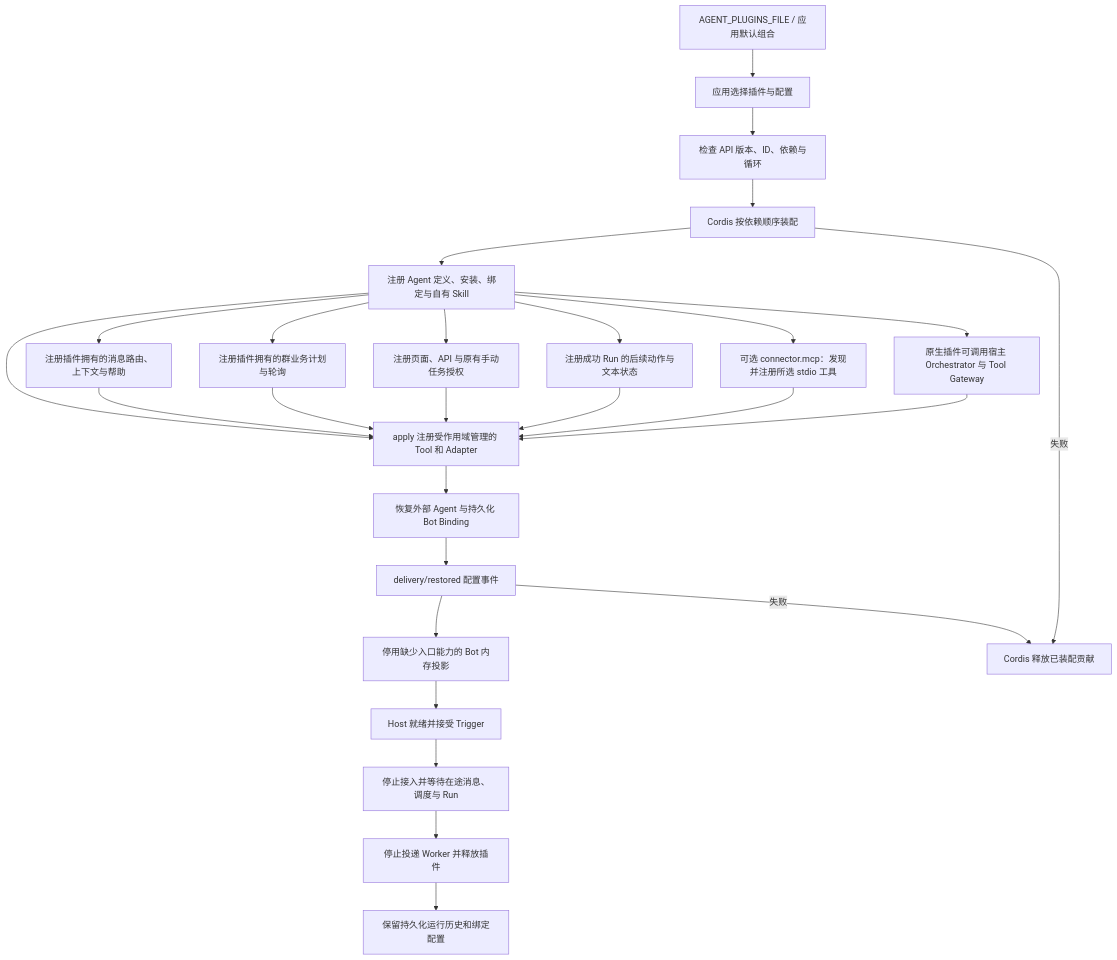
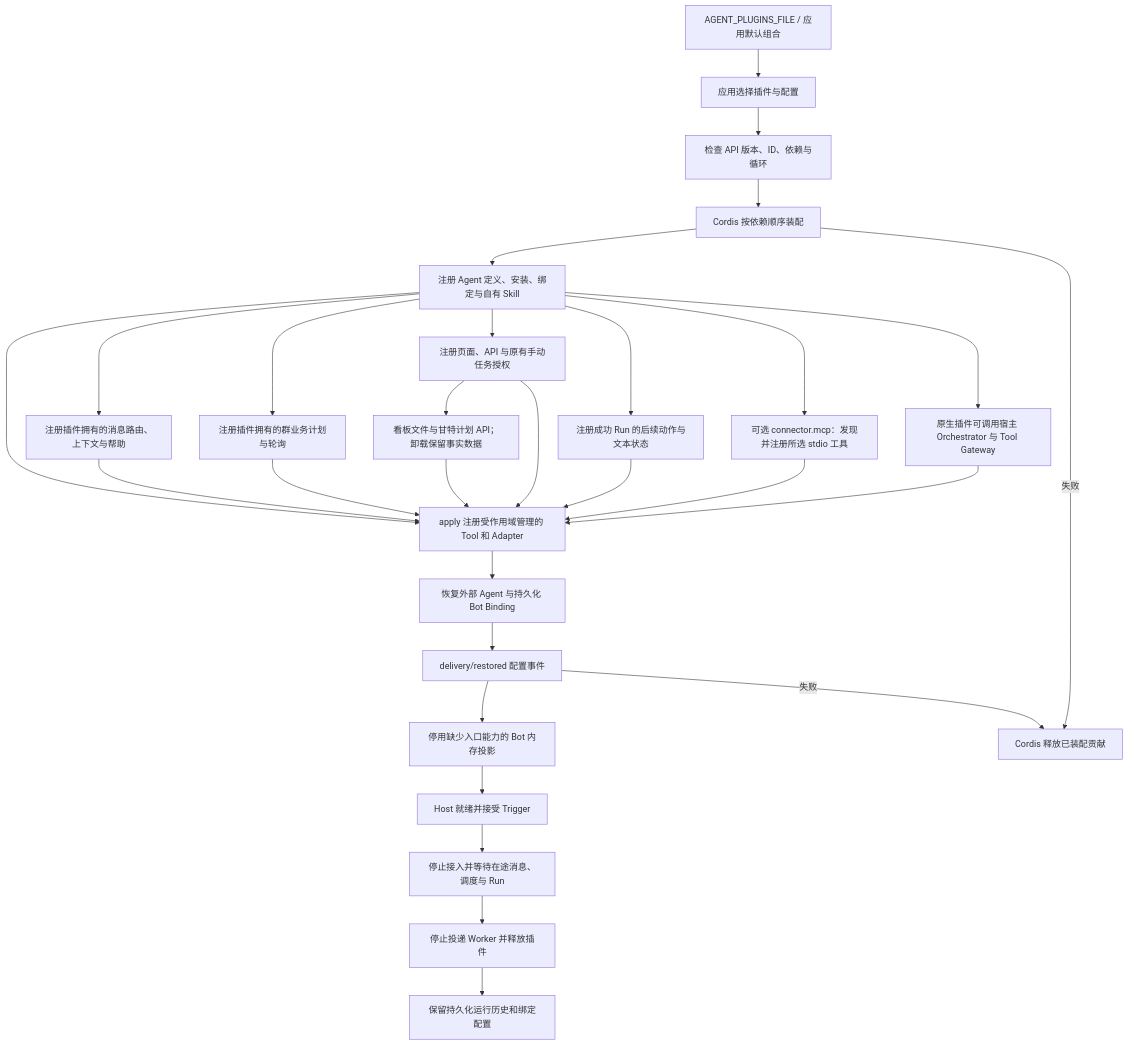
Before and after one commit to KlayPeter/AI-Delivery-Ops-Agent: the diagram in backend/src/platform/plugins/FEATURE.md, drawn with Mermaid. The commit also changed other lines of this file and 28 other files, not shown here.

````diff
--- a/backend/src/platform/plugins/FEATURE.md
+++ b/backend/src/platform/plugins/FEATURE.md
@@ -21,29 +21,31 @@
 ```mermaid
 flowchart TD
     Y[AGENT_PLUGINS_FILE / 应用默认组合] --> A[应用选择插件与配置]
     A --> B[检查 API 版本、ID、依赖与循环]
     B --> C[Cordis 按依赖顺序装配]
     C --> D[注册 Agent 定义、安装、绑定与自有 Skill]
     D --> E[apply 注册受作用域管理的 Tool 和 Adapter]
     D --> MR[注册插件拥有的消息路由、上下文与帮助]
     MR --> E
     D --> SJ[注册插件拥有的群业务计划与轮询]
     SJ --> E
     D --> WEB[注册页面、API 与原有手动任务授权]
+    WEB --> VIS[看板文件与甘特计划 API；卸载保留事实数据]
+    VIS --> E
     WEB --> E
     D --> RA[注册成功 Run 的后续动作与文本状态]
     RA --> E
     D --> MCP[可选 connector.mcp：发现并注册所选 stdio 工具]
     MCP --> E
     D --> NS[原生插件可调用宿主 Orchestrator 与 Tool Gateway]
     NS --> E
     E --> F[恢复外部 Agent 与持久化 Bot Binding]
     F --> G[delivery/restored 配置事件]
     G --> H[停用缺少入口能力的 Bot 内存投影]
     H --> I[Host 就绪并接受 Trigger]
     C -- 失败 --> X[Cordis 释放已装配贡献]
     G -- 失败 --> X
     I --> J[停止接入并等待在途消息、调度与 Run]
     J --> K[停止投递 Worker 并释放插件]
     K --> L[保留持久化运行历史和绑定配置]
 ```
````
